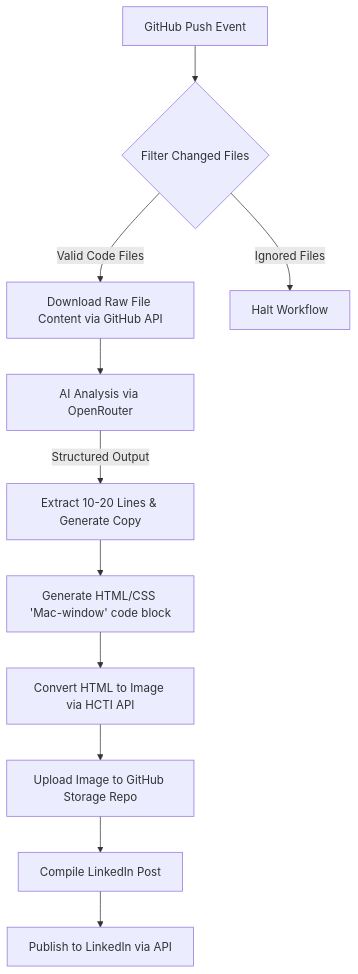
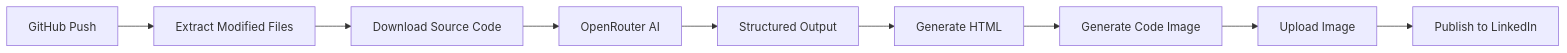
The diagram in README.md (RishvinReddy/n8n-ai-github-code-to-linkedin-publisher), drawn with Mermaid before and after one commit. The commit also changed other lines of this file and 5 other files, not shown here.

````diff
--- a/README.md
+++ b/README.md
@@ -66,17 +59,12 @@
 ```mermaid
-graph TD
-    A[GitHub Push Event] --> B{Filter Changed Files}
-    B -- Valid Code Files --> C[Download Raw File Content via GitHub API]
-    B -- Ignored Files --> D[Halt Workflow]
-    
-    C --> E[AI Analysis via OpenRouter]
-    E -->|Structured Output| F[Extract 10-20 Lines & Generate Copy]
-    
-    F --> G[Generate HTML/CSS 'Mac-window' code block]
-    G --> H[Convert HTML to Image via HCTI API]
-    
-    H --> I[Upload Image to GitHub Storage Repo]
-    I --> J[Compile LinkedIn Post]
-    
-    J --> K[Publish to LinkedIn via API]
+flowchart LR
+    A[GitHub Push]
+    -->B[Extract Modified Files]
+    -->C[Download Source Code]
+    -->D[OpenRouter AI]
+    -->E[Structured Output]
+    -->F[Generate HTML]
+    -->G[Generate Code Image]
+    -->H[Upload Image]
+    -->I[Publish to LinkedIn]
 ```
````
